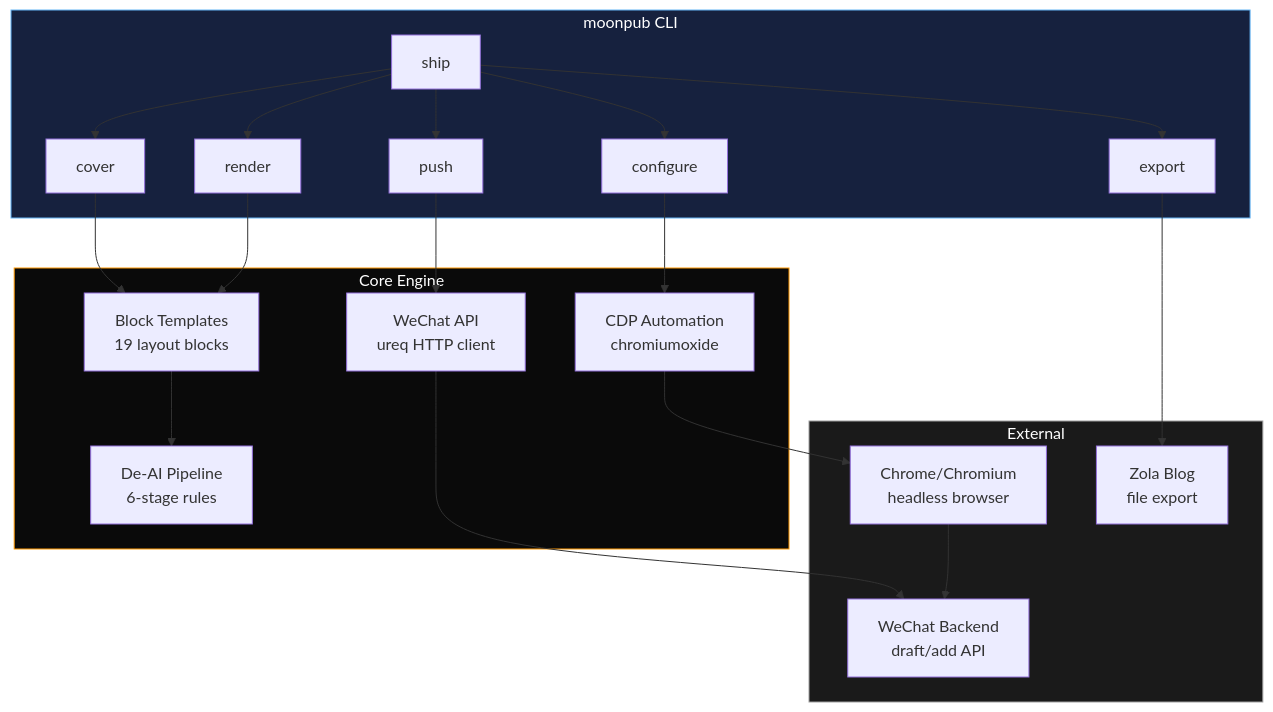
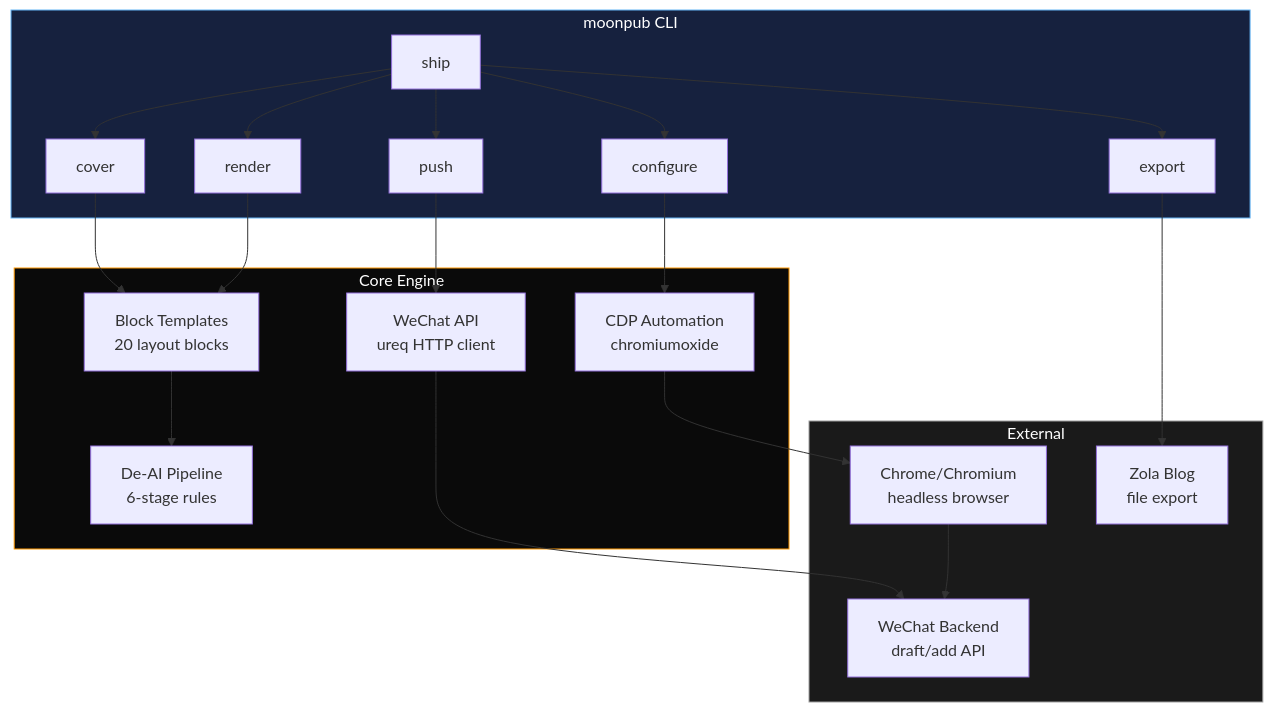
One commit to qiaopengjun5162/moonpub changed the third of 3 diagrams in README.md. Above: the diagram before and after it, drawn with Mermaid. The commit also changed 4 other files, not shown here.

````diff
--- a/README.md
+++ b/README.md
@@ -167,34 +167,34 @@
 ```mermaid
 graph TB
     subgraph CLI["moonpub CLI"]
         ship["ship"]
         cover["cover"]
         render["render"]
         push["push"]
         configure["configure"]
         export["export"]
     end
 
     subgraph Core["Core Engine"]
-        Block["Block Templates<br/>19 layout blocks"]
+        Block["Block Templates<br/>20 layout blocks"]
         Humanize["De-AI Pipeline<br/>6-stage rules"]
         WechatAPI["WeChat API<br/>ureq HTTP client"]
         CDP["CDP Automation<br/>chromiumoxide"]
     end
 
     subgraph External["External"]
         WX["WeChat Backend<br/>draft/add API"]
         Chrome["Chrome/Chromium<br/>headless browser"]
         Blog["Zola Blog<br/>file export"]
     end
 
     ship --> cover --> Block
     ship --> render --> Block --> Humanize
     ship --> push --> WechatAPI --> WX
     ship --> configure --> CDP --> Chrome --> WX
     ship --> export --> Blog
 
     style CLI fill:#16213e,stroke:#64b5f6,color:#fff
     style Core fill:#0a0a0a,stroke:#ff9800,color:#fff
     style External fill:#1a1a1a,stroke:#9e9e9e,color:#fff
 ```
````
